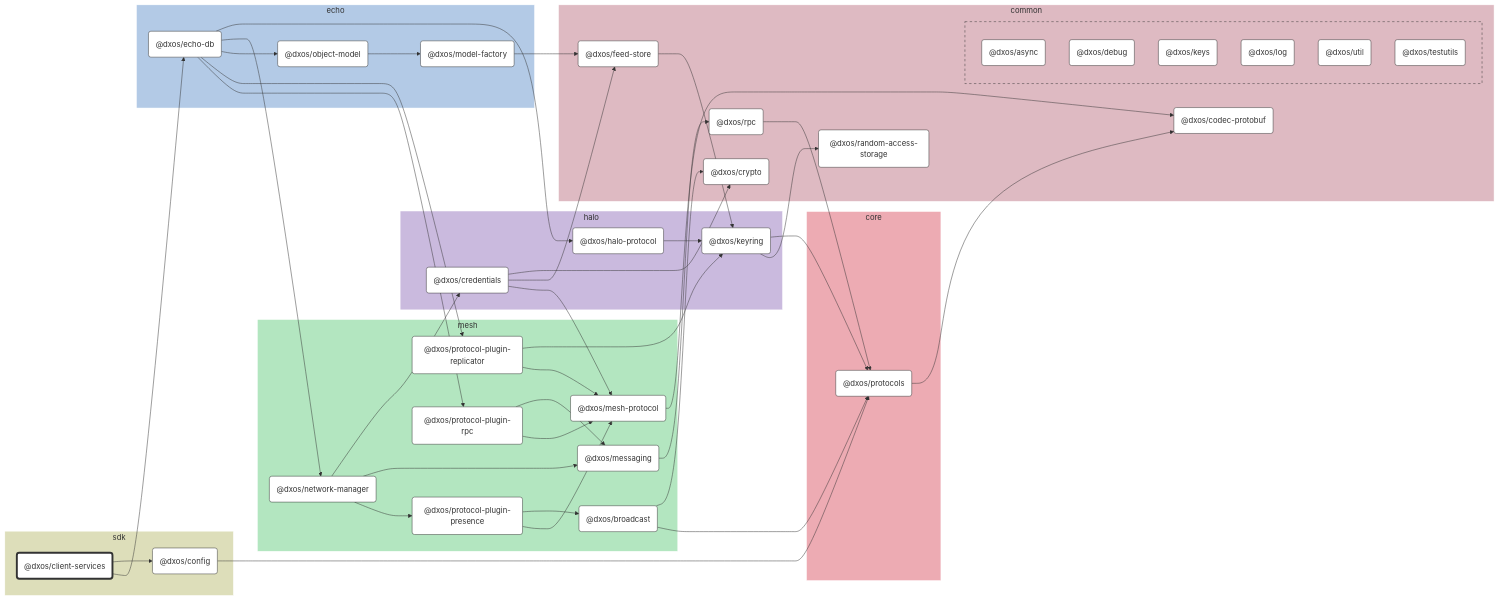
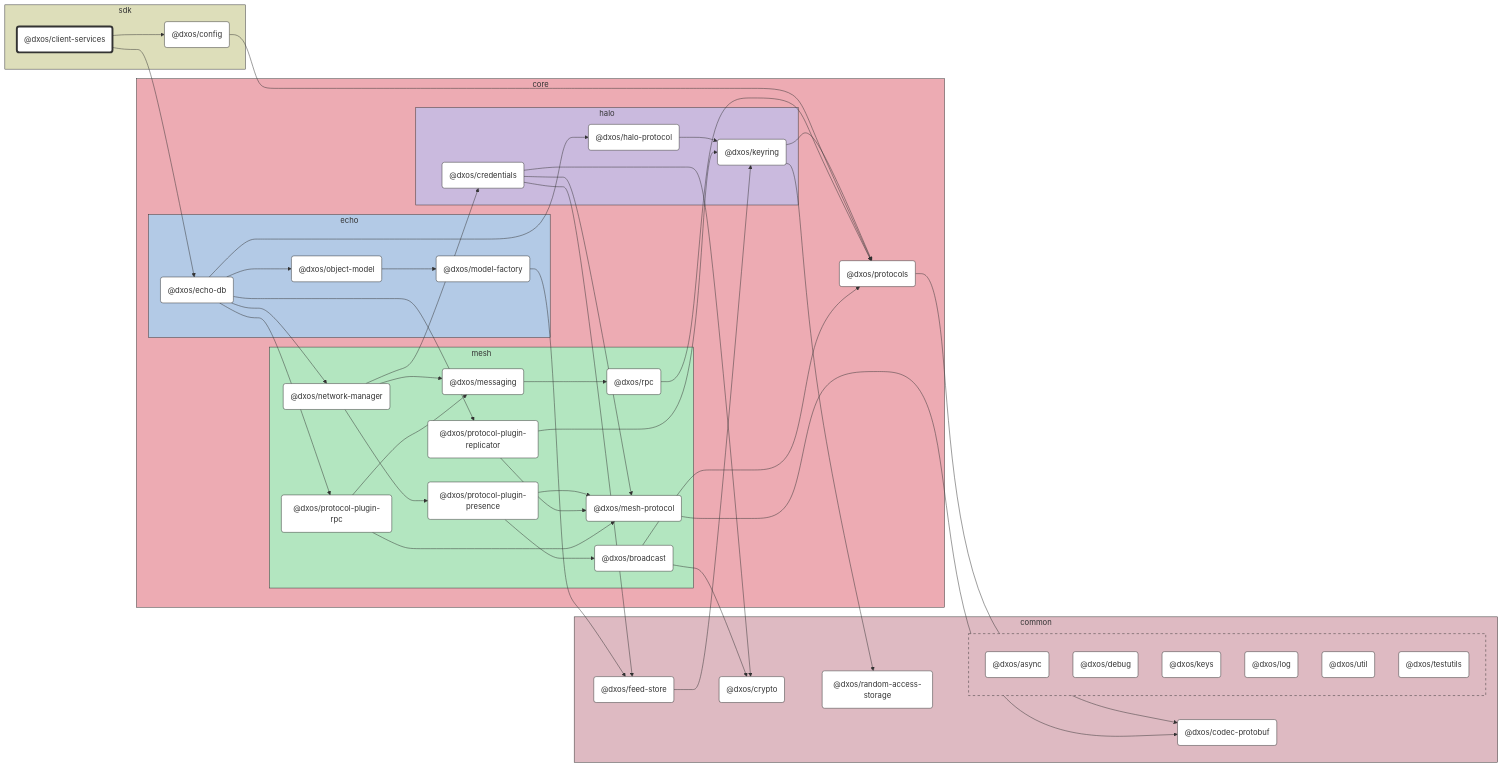
Before and after one commit to dxos/dxos: the diagram in packages/sdk/client-services/docs/README.md, drawn with Mermaid. The commit also changed other lines of this file and 89 other files, not shown here.

```diff
--- a/packages/sdk/client-services/docs/README.md
+++ b/packages/sdk/client-services/docs/README.md
@@ -16,7 +16,7 @@
 %% Nodes
 
 subgraph sdk [sdk]
-  style sdk fill:#dddeba,stroke:#fff
+  style sdk fill:#dddeba,stroke:#333
   dxos/client-services("@dxos/client-services"):::root
   click dxos/client-services "dxos/dxos/tree/main/packages/sdk/client-services/docs"
   dxos/config("@dxos/config"):::def
@@ -24,7 +24,7 @@
 end
 
 subgraph common [common]
-  style common fill:#debac2,stroke:#fff
+  style common fill:#debac2,stroke:#333
   dxos/codec-protobuf("@dxos/codec-protobuf"):::def
   click dxos/codec-protobuf "dxos/dxos/tree/main/packages/common/codec-protobuf/docs"
   dxos/crypto("@dxos/crypto"):::def
@@ -33,11 +33,9 @@
   click dxos/feed-store "dxos/dxos/tree/main/packages/common/feed-store/docs"
   dxos/random-access-storage("@dxos/random-access-storage"):::def
   click dxos/random-access-storage "dxos/dxos/tree/main/packages/common/random-access-storage/docs"
-  dxos/rpc("@dxos/rpc"):::def
-  click dxos/rpc "dxos/dxos/tree/main/packages/core/mesh/rpc/docs"
 
-  subgraph common-excluded [ ]
-    style common-excluded fill:#debac2,stroke:#333,stroke-dasharray:5 5
+  subgraph _ [ ]
+    style _ fill:#debac2,stroke:#333,stroke-dasharray:5 5
     dxos/async("@dxos/async"):::def
     click dxos/async "dxos/dxos/tree/main/packages/common/async/docs"
     dxos/debug("@dxos/debug"):::def
@@ -53,48 +51,50 @@
   end
 end
 
-subgraph halo [halo]
-  style halo fill:#cabade,stroke:#fff
-  dxos/credentials("@dxos/credentials"):::def
-  click dxos/credentials "dxos/dxos/tree/main/packages/core/halo/credentials/docs"
-  dxos/keyring("@dxos/keyring"):::def
-  click dxos/keyring "dxos/dxos/tree/main/packages/core/halo/keyring/docs"
-  dxos/halo-protocol("@dxos/halo-protocol"):::def
-  click dxos/halo-protocol "dxos/dxos/tree/main/packages/core/halo/halo-protocol/docs"
-end
-
 subgraph core [core]
-  style core fill:#edabb3,stroke:#fff
+  style core fill:#edabb3,stroke:#333
   dxos/protocols("@dxos/protocols"):::def
   click dxos/protocols "dxos/dxos/tree/main/packages/core/protocols/docs"
-end
 
-subgraph mesh [mesh]
-  style mesh fill:#b3e6c0,stroke:#fff
-  dxos/mesh-protocol("@dxos/mesh-protocol"):::def
-  click dxos/mesh-protocol "dxos/dxos/tree/main/packages/core/mesh/mesh-protocol/docs"
-  dxos/messaging("@dxos/messaging"):::def
-  click dxos/messaging "dxos/dxos/tree/main/packages/core/mesh/messaging/docs"
-  dxos/network-manager("@dxos/network-manager"):::def
-  click dxos/network-manager "dxos/dxos/tree/main/packages/core/mesh/network-manager/docs"
-  dxos/protocol-plugin-presence("@dxos/protocol-plugin-presence"):::def
-  click dxos/protocol-plugin-presence "dxos/dxos/tree/main/packages/core/mesh/protocol-plugin-presence/docs"
-  dxos/broadcast("@dxos/broadcast"):::def
-  click dxos/broadcast "dxos/dxos/tree/main/packages/core/mesh/broadcast/docs"
-  dxos/protocol-plugin-replicator("@dxos/protocol-plugin-replicator"):::def
-  click dxos/protocol-plugin-replicator "dxos/dxos/tree/main/packages/core/mesh/protocol-plugin-replicator/docs"
-  dxos/protocol-plugin-rpc("@dxos/protocol-plugin-rpc"):::def
-  click dxos/protocol-plugin-rpc "dxos/dxos/tree/main/packages/core/mesh/protocol-plugin-rpc/docs"
-end
+  subgraph halo [halo]
+    style halo fill:#cabade,stroke:#333
+    dxos/credentials("@dxos/credentials"):::def
+    click dxos/credentials "dxos/dxos/tree/main/packages/core/halo/credentials/docs"
+    dxos/keyring("@dxos/keyring"):::def
+    click dxos/keyring "dxos/dxos/tree/main/packages/core/halo/keyring/docs"
+    dxos/halo-protocol("@dxos/halo-protocol"):::def
+    click dxos/halo-protocol "dxos/dxos/tree/main/packages/core/halo/halo-protocol/docs"
+  end
 
-subgraph echo [echo]
-  style echo fill:#b3cae6,stroke:#fff
-  dxos/echo-db("@dxos/echo-db"):::def
-  click dxos/echo-db "dxos/dxos/tree/main/packages/core/echo/echo-db/docs"
-  dxos/model-factory("@dxos/model-factory"):::def
-  click dxos/model-factory "dxos/dxos/tree/main/packages/core/echo/model-factory/docs"
-  dxos/object-model("@dxos/object-model"):::def
-  click dxos/object-model "dxos/dxos/tree/main/packages/core/echo/object-model/docs"
+  subgraph mesh [mesh]
+    style mesh fill:#b3e6c0,stroke:#333
+    dxos/mesh-protocol("@dxos/mesh-protocol"):::def
+    click dxos/mesh-protocol "dxos/dxos/tree/main/packages/core/mesh/mesh-protocol/docs"
+    dxos/messaging("@dxos/messaging"):::def
+    click dxos/messaging "dxos/dxos/tree/main/packages/core/mesh/messaging/docs"
+    dxos/rpc("@dxos/rpc"):::def
+    click dxos/rpc "dxos/dxos/tree/main/packages/core/mesh/rpc/docs"
+    dxos/network-manager("@dxos/network-manager"):::def
+    click dxos/network-manager "dxos/dxos/tree/main/packages/core/mesh/network-manager/docs"
+    dxos/protocol-plugin-presence("@dxos/protocol-plugin-presence"):::def
+    click dxos/protocol-plugin-presence "dxos/dxos/tree/main/packages/core/mesh/protocol-plugin-presence/docs"
+    dxos/broadcast("@dxos/broadcast"):::def
+    click dxos/broadcast "dxos/dxos/tree/main/packages/core/mesh/broadcast/docs"
+    dxos/protocol-plugin-replicator("@dxos/protocol-plugin-replicator"):::def
+    click dxos/protocol-plugin-replicator "dxos/dxos/tree/main/packages/core/mesh/protocol-plugin-replicator/docs"
+    dxos/protocol-plugin-rpc("@dxos/protocol-plugin-rpc"):::def
+    click dxos/protocol-plugin-rpc "dxos/dxos/tree/main/packages/core/mesh/protocol-plugin-rpc/docs"
+  end
+
+  subgraph echo [echo]
+    style echo fill:#b3cae6,stroke:#333
+    dxos/echo-db("@dxos/echo-db"):::def
+    click dxos/echo-db "dxos/dxos/tree/main/packages/core/echo/echo-db/docs"
+    dxos/model-factory("@dxos/model-factory"):::def
+    click dxos/model-factory "dxos/dxos/tree/main/packages/core/echo/model-factory/docs"
+    dxos/object-model("@dxos/object-model"):::def
+    click dxos/object-model "dxos/dxos/tree/main/packages/core/echo/object-model/docs"
+  end
 end
 
 %% Links
```
